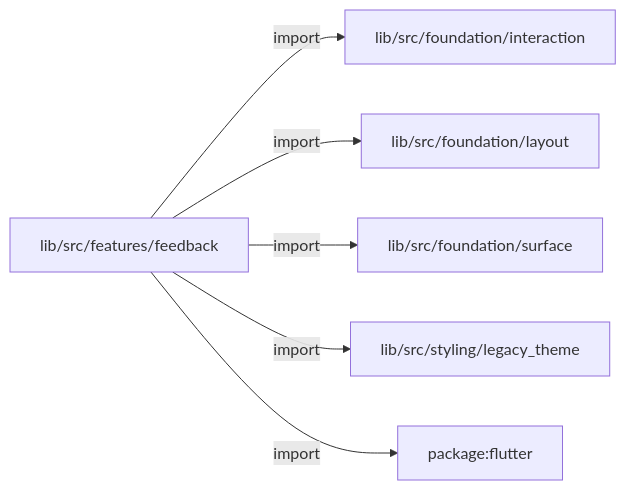
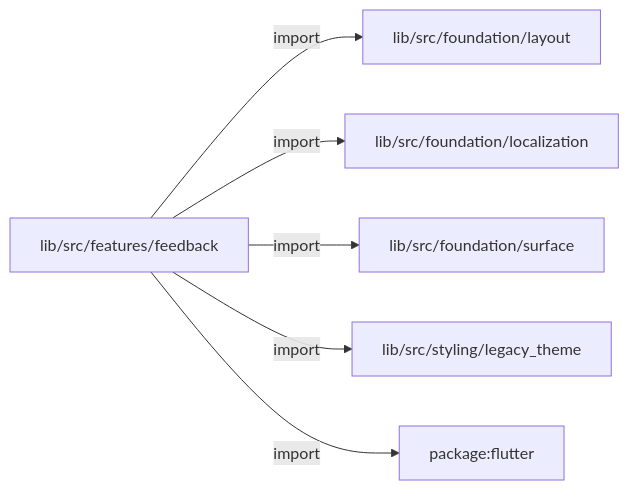
One commit to MiuDog/Kallopis changed the second of 4 diagrams in docs/architecture/src/features/feedback/README.md. Above: the diagram before and after it, drawn with Mermaid. The commit also changed other lines of this file and 9688 other files, not shown here.

Commit message:
Prepare isolated Flow F2 peer baseline

````diff
--- a/docs/architecture/src/features/feedback/README.md
+++ b/docs/architecture/src/features/feedback/README.md
@@ -40,14 +40,14 @@
 ```mermaid
 flowchart LR
 	n0["lib/src/features/feedback"]
-	n1["lib/src/foundation/interaction"]
-	n2["lib/src/foundation/layout"]
+	n1["lib/src/foundation/layout"]
+	n2["lib/src/foundation/localization"]
 	n3["lib/src/foundation/surface"]
 	n4["lib/src/styling/legacy_theme"]
 	n5["package:flutter"]
 	n0 -->|"import"| n1
 	n0 -->|"import"| n2
 	n0 -->|"import"| n3
 	n0 -->|"import"| n4
 	n0 -->|"import"| n5
 ```
````
